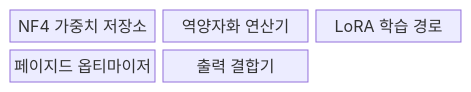
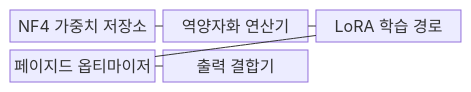
The first of 2 diagrams in src/content/docs/notes/08-latest-tech/063_quantized_lora.md (agnusdei1207/knowledge-base), drawn with Mermaid before and after one commit. The commit also changed other lines of this file and 228 other files, not shown here.

````diff
--- a/src/content/docs/notes/08-latest-tech/063_quantized_lora.md
+++ b/src/content/docs/notes/08-latest-tech/063_quantized_lora.md
@@ -51,9 +51,13 @@
 ```mermaid
 block-beta
     columns 3
     Q["NF4 가중치 저장소"]
     D["역양자화 연산기"]
     L["LoRA 학습 경로"]
     O["페이지드 옵티마이저"]
     M["출력 결합기"]
+    Q --- D
+    D --- L
+    L --- O
+    O --- M
 ```
````
